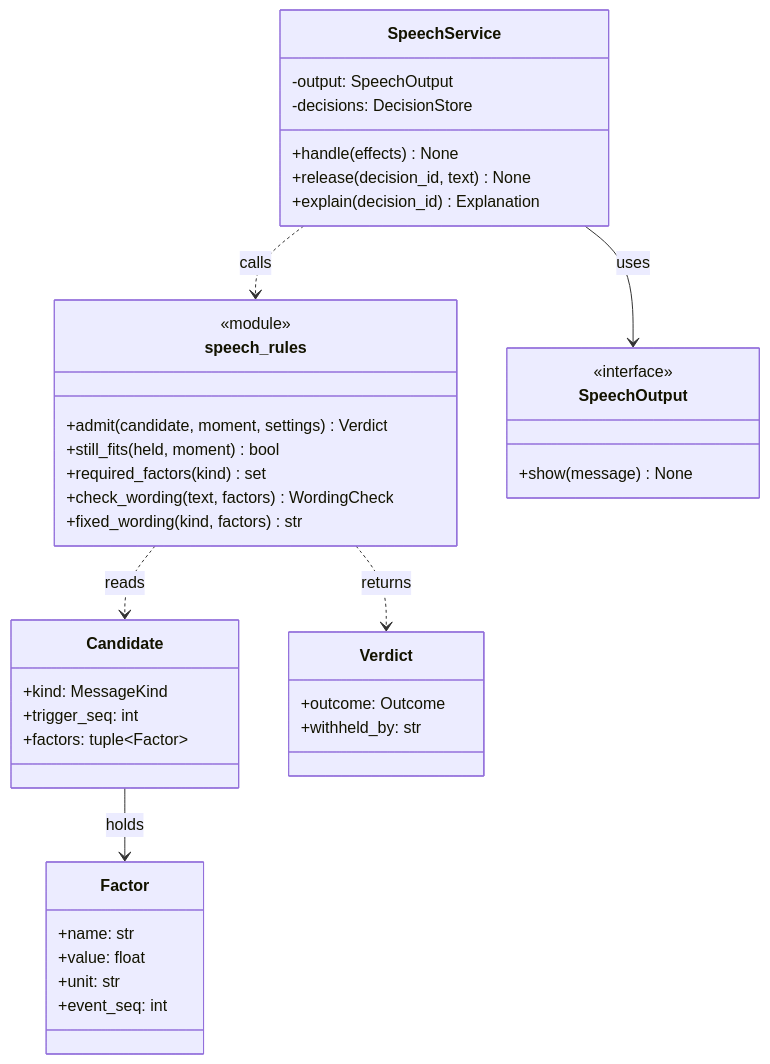
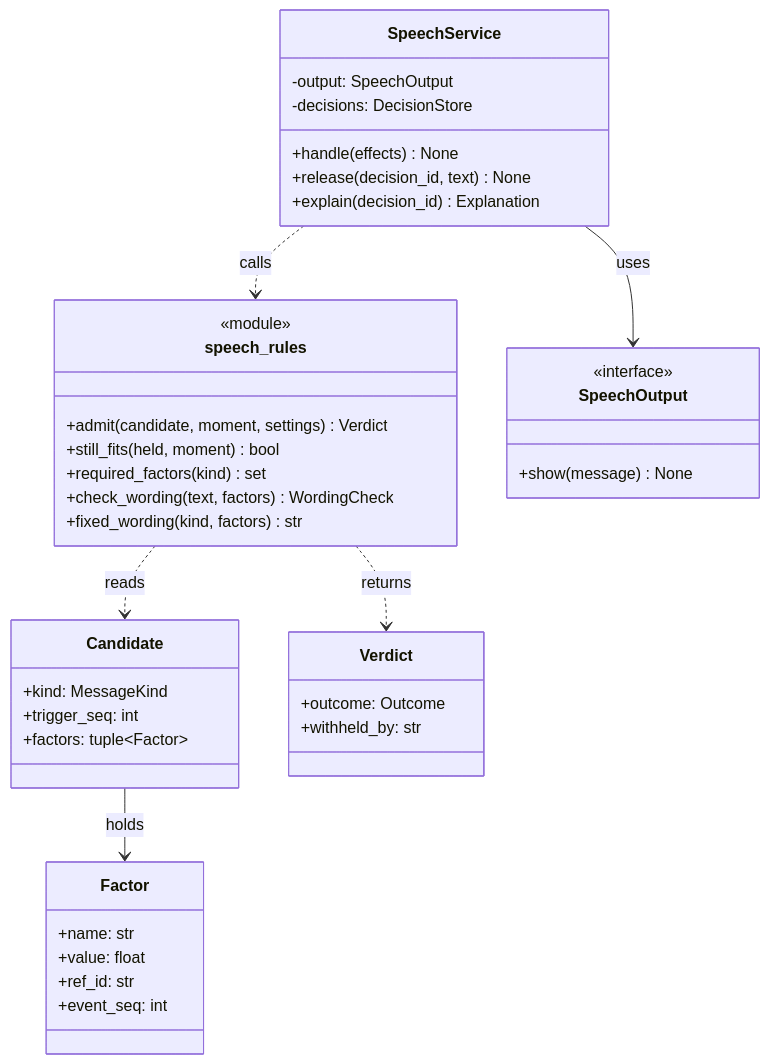
The ninth of 43 diagrams in docs/architecture/ARCHITECTURE.md (NguyenVu04/cognia), drawn with Mermaid before and after one commit. The commit also changed other lines of this file and 40 other files, not shown here.

````diff
--- a/docs/architecture/ARCHITECTURE.md
+++ b/docs/architecture/ARCHITECTURE.md
@@ -788,48 +789,48 @@
 ```mermaid
 classDiagram
     class Candidate {
         +kind: MessageKind
         +trigger_seq: int
         +factors: tuple~Factor~
     }
 
     class Factor {
         +name: str
         +value: float
-        +unit: str
+        +ref_id: str
         +event_seq: int
     }
 
     class Verdict {
         +outcome: Outcome
         +withheld_by: str
     }
 
     class speech_rules {
         <<module>>
         +admit(candidate, moment, settings) Verdict
         +still_fits(held, moment) bool
         +required_factors(kind) set
         +check_wording(text, factors) WordingCheck
         +fixed_wording(kind, factors) str
     }
 
     class SpeechService {
         -output: SpeechOutput
         -decisions: DecisionStore
         +handle(effects) None
         +release(decision_id, text) None
         +explain(decision_id) Explanation
     }
 
     class SpeechOutput {
         <<interface>>
         +show(message) None
     }
 
     SpeechService --> SpeechOutput : uses
     SpeechService ..> speech_rules : calls
     speech_rules ..> Candidate : reads
     speech_rules ..> Verdict : returns
     Candidate --> Factor : holds
 ```
````
